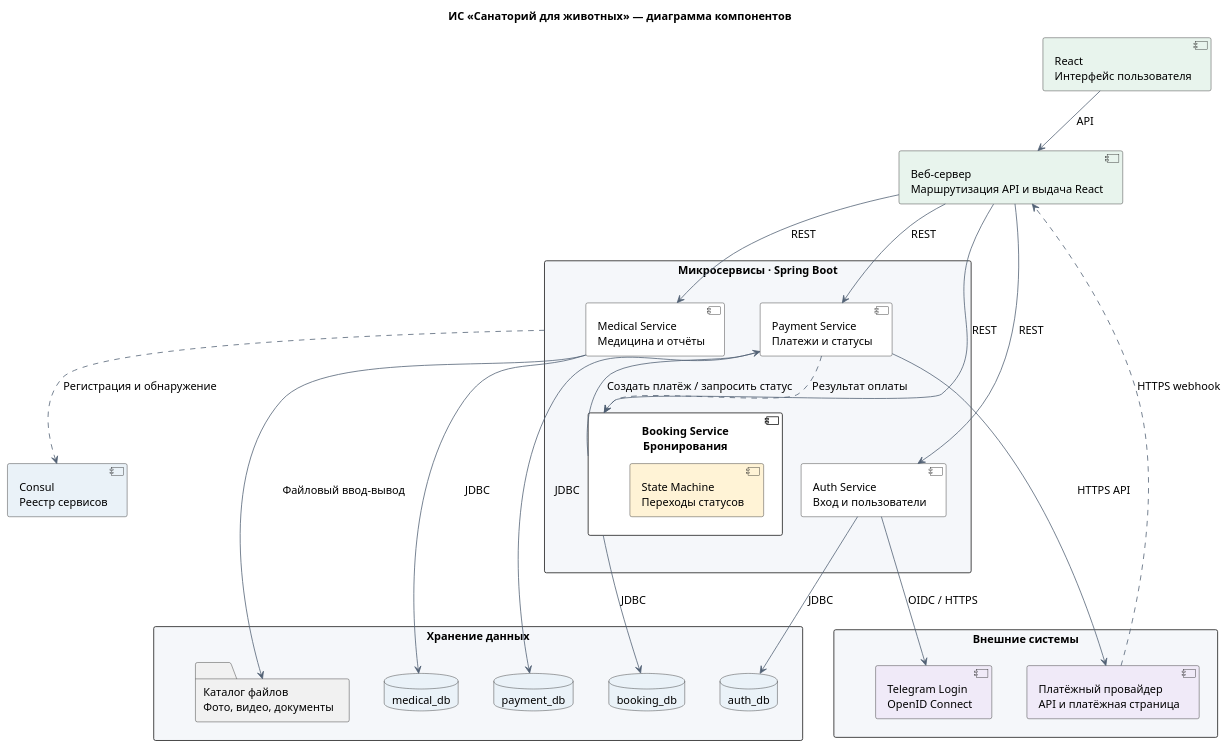
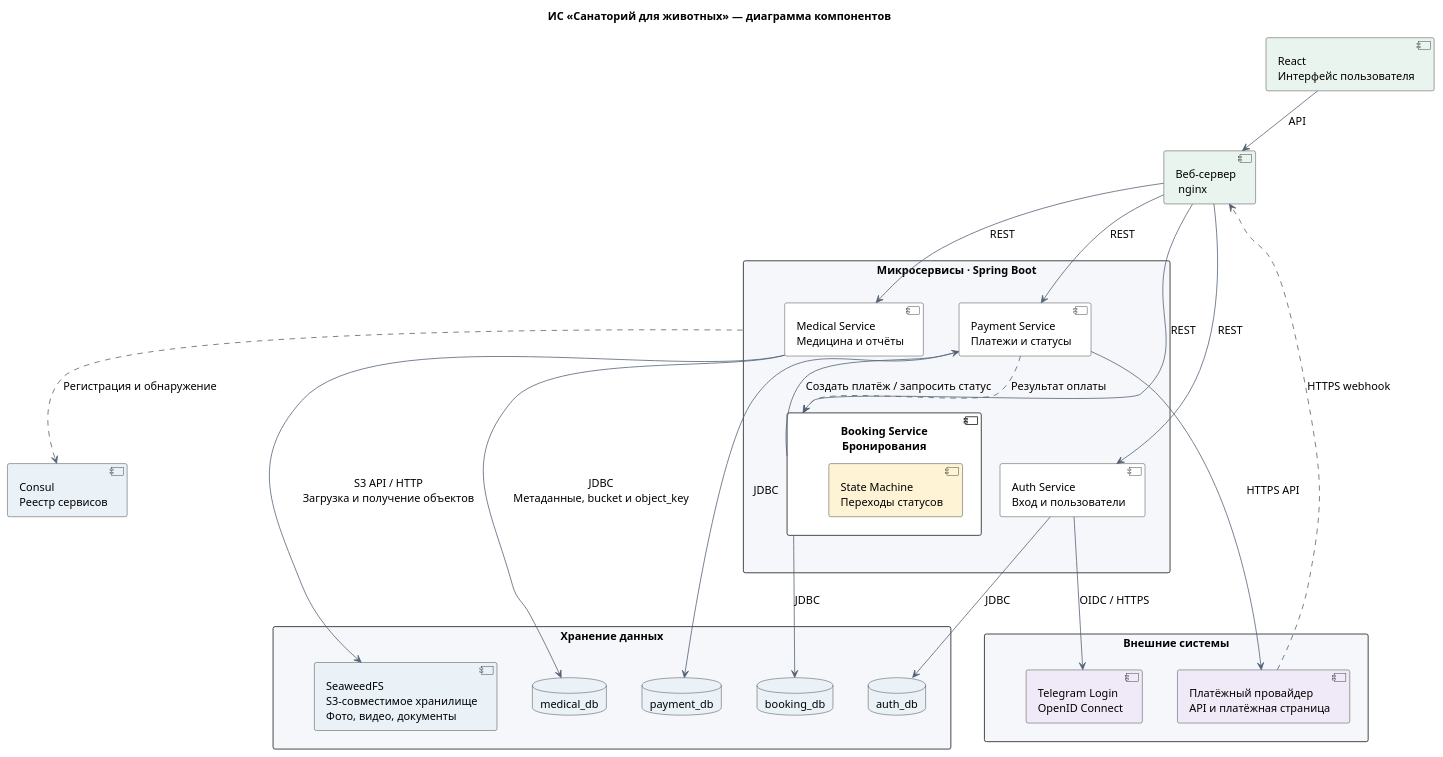
Before and after one commit to wwwyssa/IS-course-project: the diagram in docs/components.plantuml, drawn with PlantUML. The commit also changed 3 other files, not shown here.

Commit message:
add S3 system to uml

```diff
--- a/docs/components.plantuml
+++ b/docs/components.plantuml
@@ -1,77 +1,77 @@
 @startuml
 title ИС «Санаторий для животных» — диаграмма компонентов
 top to bottom direction
 skinparam shadowing false
 skinparam defaultFontName Arial
 skinparam defaultFontSize 14
 skinparam componentStyle uml2
 skinparam packageStyle rectangle
 skinparam nodesep 45
 skinparam ranksep 55
 skinparam ArrowColor #526175
 skinparam packageBackgroundColor #F5F7FA
 skinparam componentBackgroundColor #FFFFFF
 skinparam databaseBackgroundColor #EAF2F8
 skinparam NoteBackgroundColor #FFFBEA
 hide stereotype
 
 component "React\nИнтерфейс пользователя" as frontend #E8F4ED
-component "Веб-сервер\nМаршрутизация API и выдача React" as webServer #E8F4ED
+component "Веб-сервер\n nginx" as webServer #E8F4ED
 
 package "Микросервисы · Spring Boot" as backend {
   together {
     component "Auth Service\nВход и пользователи" as authService
     component "Booking Service\nБронирования" as bookingService {
       component "State Machine\nПереходы статусов" as bookingStateMachine #FFF3D6
     }
     component "Payment Service\nПлатежи и статусы" as paymentService
     component "Medical Service\nМедицина и отчёты" as medicalService
   }
 }
 
 package "Хранение данных" as data {
   together {
     database "auth_db" as dbAuth
     database "booking_db" as dbBooking
     database "payment_db" as dbPayment
     database "medical_db" as dbMedical
   }
-  folder "Каталог файлов\nФото, видео, документы" as storage
+  component "SeaweedFS\nS3-совместимое хранилище\nФото, видео, документы" as storage #EAF2F8
 }
 
 package "Внешние системы" as external {
   component "Telegram Login\nOpenID Connect" as telegram #F0EAF8
   component "Платёжный провайдер\nAPI и платёжная страница" as externalPayment #F0EAF8
 }
 component "Consul\nРеестр сервисов" as consul #EAF2F8
 
 frontend -down-> webServer : API
 webServer -down-> authService : REST
 webServer -down-> bookingService : REST
 webServer -down-> paymentService : REST
 webServer -down-> medicalService : REST
 
 bookingService -right-> paymentService : Создать платёж / запросить статус
 paymentService ..> bookingService : Результат оплаты
 
 authService -down-> dbAuth : JDBC
 bookingService -down-> dbBooking : JDBC
 paymentService -down-> dbPayment : JDBC
-medicalService -down-> dbMedical : JDBC
-medicalService --> storage : Файловый ввод-вывод
+medicalService -down-> dbMedical : JDBC\nМетаданные, bucket и object_key
+medicalService --> storage : S3 API / HTTP\nЗагрузка и получение объектов
 
 authService --> telegram : OIDC / HTTPS
 paymentService --> externalPayment : HTTPS API
 externalPayment ..> webServer : HTTPS webhook
 backend ..> consul : Регистрация и обнаружение
 
 ' Невидимые связи фиксируют порядок колонок и уровней.
 frontend -[hidden]right-> telegram
 authService -[hidden]right-> bookingService
 paymentService -[hidden]right-> medicalService
 dbAuth -[hidden]right-> dbBooking
 dbBooking -[hidden]right-> dbPayment
 dbPayment -[hidden]right-> dbMedical
 data -[hidden]down-> external
 
 @enduml
```
